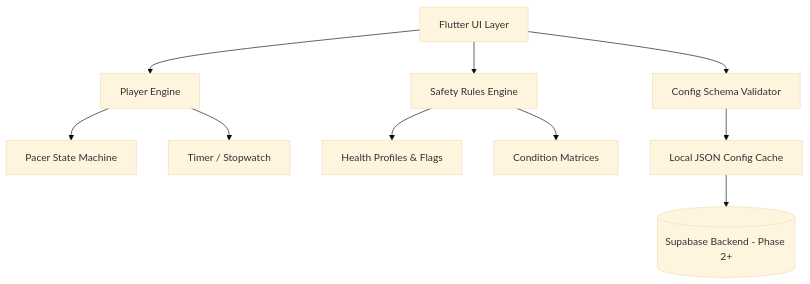
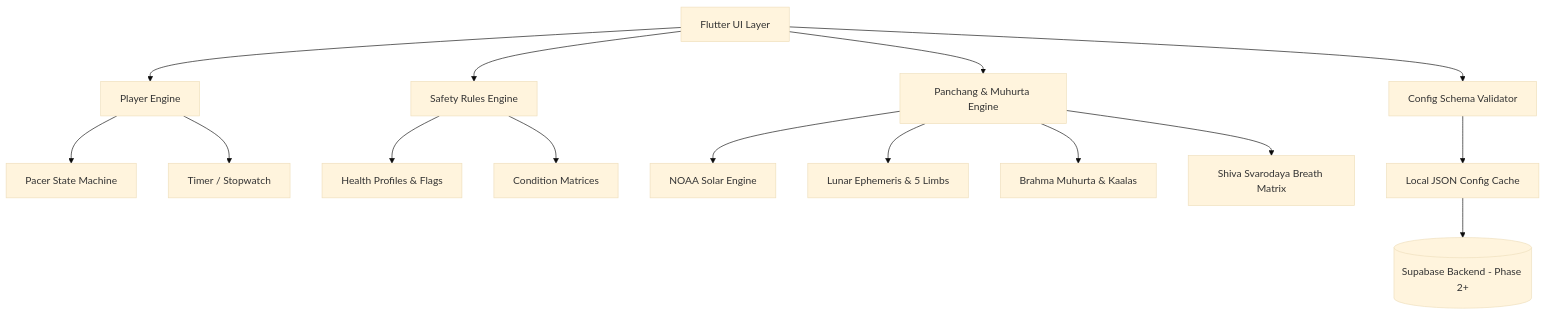
The diagram in docs/ARCHITECTURE.md (imkks/ABHYAS), drawn with Mermaid (base theme) before and after one commit. The commit also changed other lines of this file and 11 other files, not shown here.

First line of the commit message:
feat(panchang): implement offline Vedic panchang, solar calculator, and muhurta engine

````diff
--- a/docs/ARCHITECTURE.md
+++ b/docs/ARCHITECTURE.md
@@ -7,15 +7,21 @@
 ```mermaid
 graph TD
     UI[Flutter UI Layer] --> Player[Player Engine]
     UI --> Safety[Safety Rules Engine]
     UI --> Config[Config Schema Validator]
+    UI --> Panchang[Panchang & Muhurta Engine]
 
     Player --> StateMachine[Pacer State Machine]
     Player --> Timer[Timer / Stopwatch]
 
     Safety --> HealthFlags[Health Profiles & Flags]
     Safety --> Rules[Condition Matrices]
 
+    Panchang --> SolarCalc[NOAA Solar Engine]
+    Panchang --> LunarTithi[Lunar Ephemeris & 5 Limbs]
+    Panchang --> Muhurtas[Brahma Muhurta & Kaalas]
+    Panchang --> Svara[Shiva Svarodaya Breath Matrix]
+
     Config --> JSON[Local JSON Config Cache]
     JSON --> Backend[(Supabase Backend - Phase 2+)]
 ```
````
